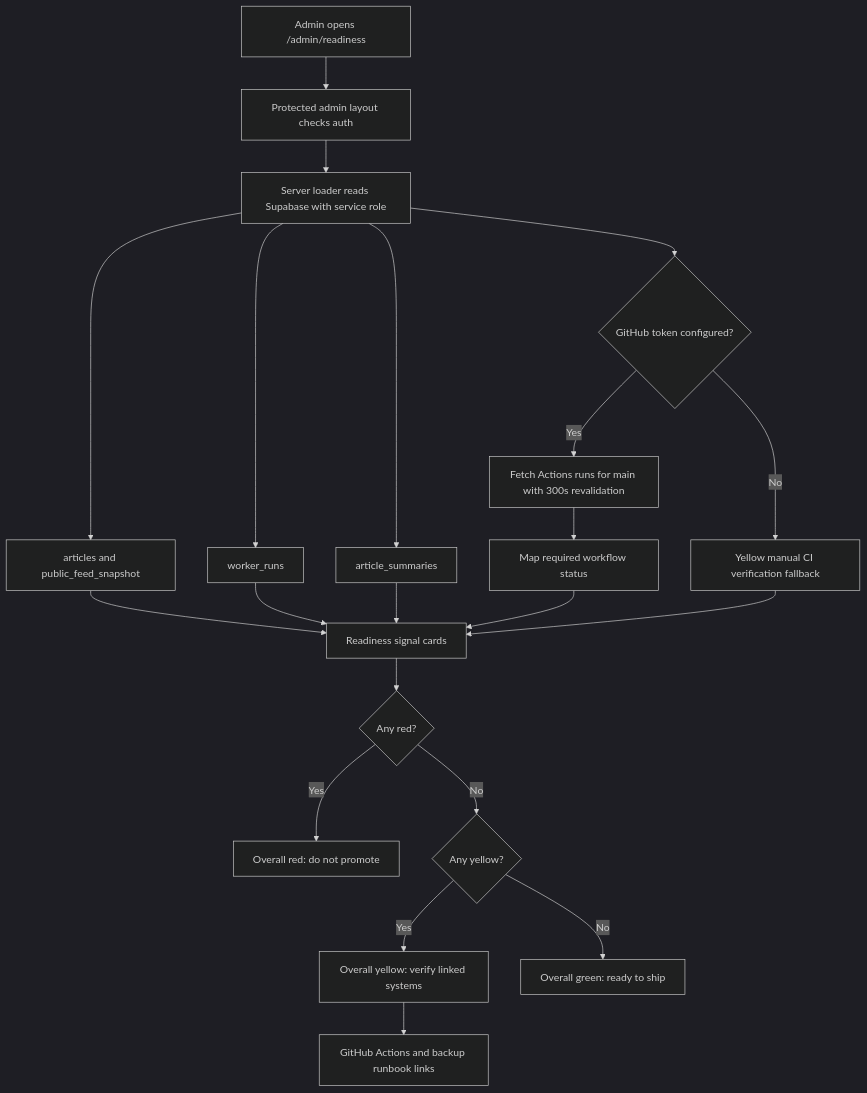
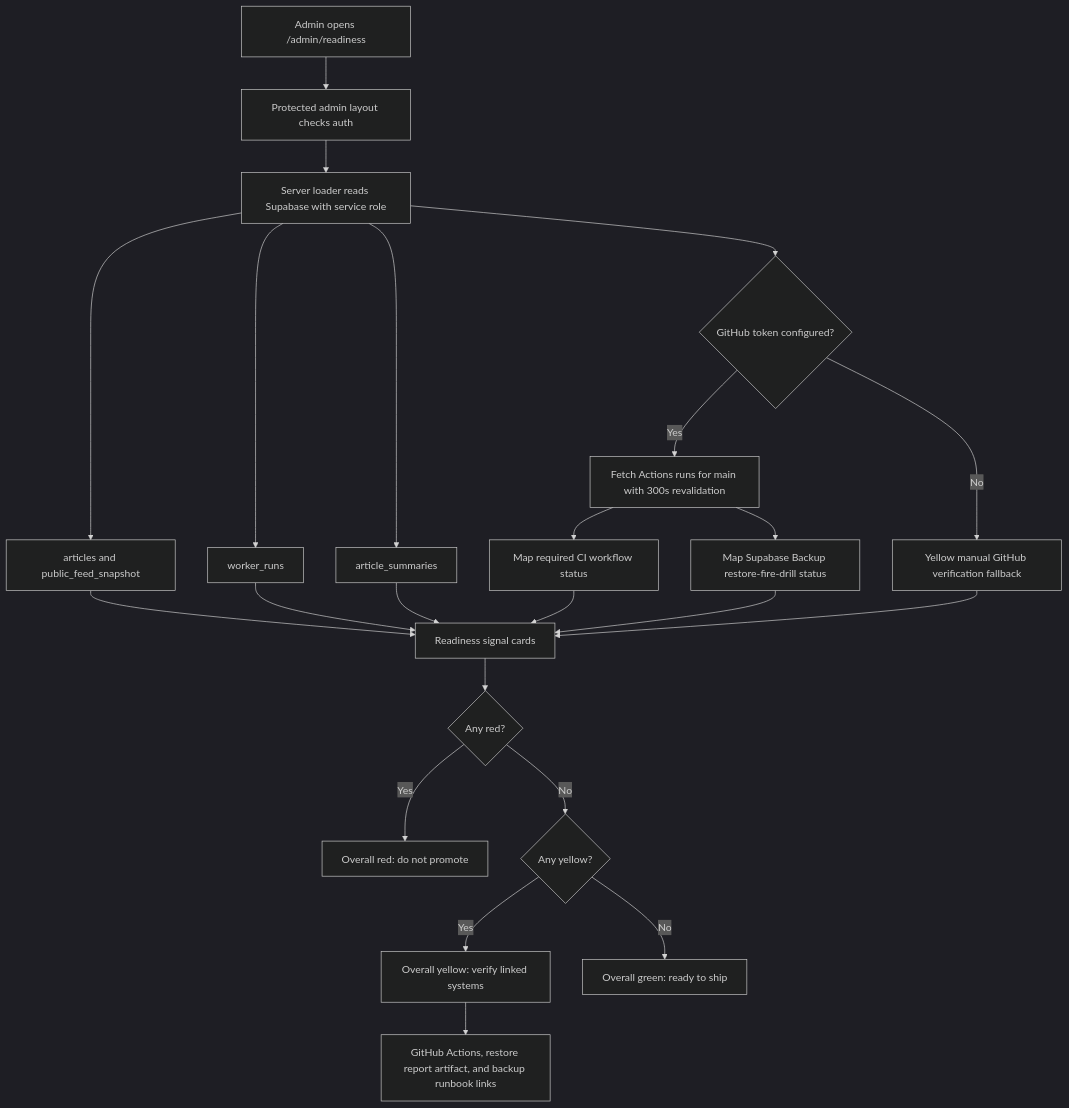
One commit to ramideltoro/nutsnews-docs changed the diagram in PRODUCTION_READINESS_DASHBOARD.md. Above: the diagram before and after it, drawn with Mermaid (dark theme). The commit also changed other lines of this file and 2 other files, not shown here.

Commit message:
Document Supabase restore fire drills

````diff
--- a/PRODUCTION_READINESS_DASHBOARD.md
+++ b/PRODUCTION_READINESS_DASHBOARD.md
@@ -100,23 +117,25 @@
 ```mermaid
 flowchart TD
   A[Admin opens /admin/readiness] --> B[Protected admin layout checks auth]
   B --> C[Server loader reads Supabase with service role]
   C --> D[articles and public_feed_snapshot]
   C --> E[worker_runs]
   C --> F[article_summaries]
   C --> N{GitHub token configured?}
   N -->|Yes| O[Fetch Actions runs for main with 300s revalidation]
-  O --> P[Map required workflow status]
-  N -->|No| Q[Yellow manual CI verification fallback]
+  O --> P[Map required CI workflow status]
+  O --> R[Map Supabase Backup restore-fire-drill status]
+  N -->|No| Q[Yellow manual GitHub verification fallback]
   D --> G[Readiness signal cards]
   E --> G
   F --> G
   P --> G
+  R --> G
   Q --> G
   G --> H{Any red?}
   H -->|Yes| I[Overall red: do not promote]
   H -->|No| J{Any yellow?}
   J -->|Yes| K[Overall yellow: verify linked systems]
   J -->|No| L[Overall green: ready to ship]
-  K --> M[GitHub Actions and backup runbook links]
+  K --> M[GitHub Actions, restore report artifact, and backup runbook links]
 ```
````
